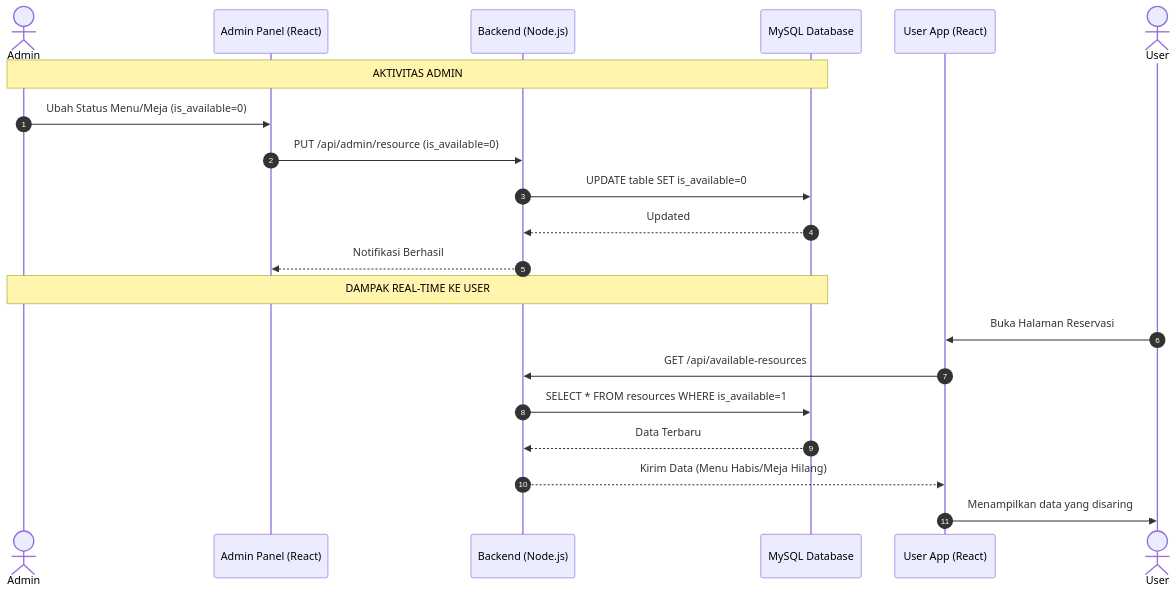
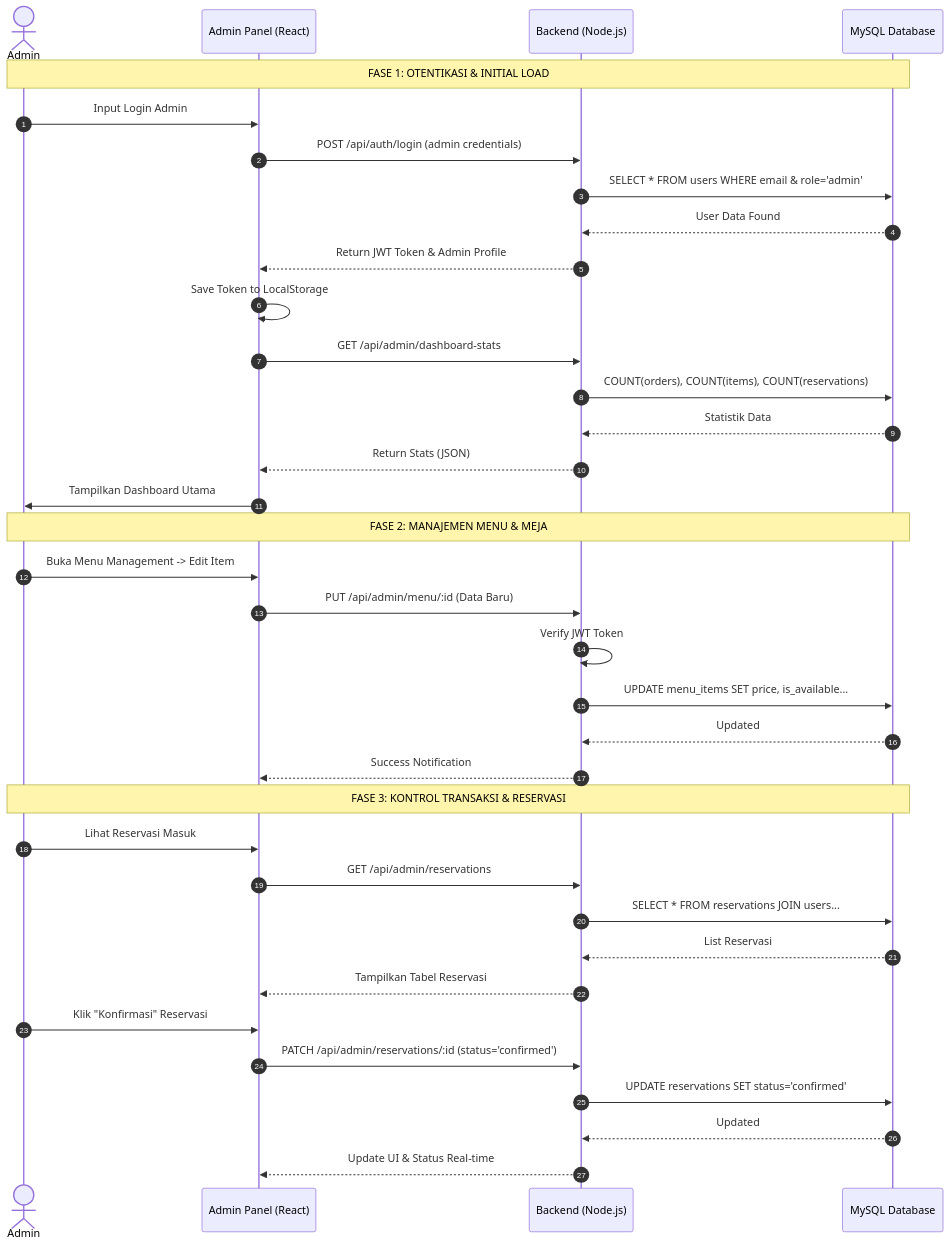
Before and after one commit to AkbarHusaini/website-reservasi-online-Ineri-suki: the fourth of 4 diagrams in DIAGRAM.md, drawn with Mermaid. The commit also changed other lines of this file, not shown here.

Commit message:
docs: finalize full admin system sequence diagram

````diff
--- a/DIAGRAM.md
+++ b/DIAGRAM.md
@@ -116,25 +116,43 @@
 ```mermaid
 sequenceDiagram
     autonumber
     actor Admin
-    participant FE_A as Admin Panel (React)
+    participant FE as Admin Panel (React)
     participant BE as Backend (Node.js)
     participant DB as MySQL Database
-    participant FE_U as User App (React)
 
-    Note over Admin, DB: AKTIVITAS ADMIN
-    Admin->>FE_A: Ubah Status Menu/Meja (is_available=0)
-    FE_A->>BE: PUT /api/admin/resource (is_available=0)
-    BE->>DB: UPDATE table SET is_available=0
+    Note over Admin, DB: FASE 1: OTENTIKASI & INITIAL LOAD
+    Admin->>FE: Input Login Admin
+    FE->>BE: POST /api/auth/login (admin credentials)
+    BE->>DB: SELECT * FROM users WHERE email & role='admin'
+    DB-->>BE: User Data Found
+    BE-->>FE: Return JWT Token & Admin Profile
+    FE->>FE: Save Token to LocalStorage
+    
+    FE->>BE: GET /api/admin/dashboard-stats
+    BE->>DB: COUNT(orders), COUNT(items), COUNT(reservations)
+    DB-->>BE: Statistik Data
+    BE-->>FE: Return Stats (JSON)
+    FE->>Admin: Tampilkan Dashboard Utama
+
+    Note over Admin, DB: FASE 2: MANAJEMEN MENU & MEJA
+    Admin->>FE: Buka Menu Management -> Edit Item
+    FE->>BE: PUT /api/admin/menu/:id (Data Baru)
+    BE->>BE: Verify JWT Token
+    BE->>DB: UPDATE menu_items SET price, is_available...
     DB-->>BE: Updated
-    BE-->>FE_A: Notifikasi Berhasil
+    BE-->>FE: Success Notification
 
-    Note over Admin, DB: DAMPAK REAL-TIME KE USER
-    actor User
-    User->>FE_U: Buka Halaman Reservasi
-    FE_U->>BE: GET /api/available-resources
-    BE->>DB: SELECT * FROM resources WHERE is_available=1
-    DB-->>BE: Data Terbaru
-    BE-->>FE_U: Kirim Data (Menu Habis/Meja Hilang)
-    FE_U->>User: Menampilkan data yang disaring
+    Note over Admin, DB: FASE 3: KONTROL TRANSAKSI & RESERVASI
+    Admin->>FE: Lihat Reservasi Masuk
+    FE->>BE: GET /api/admin/reservations
+    BE->>DB: SELECT * FROM reservations JOIN users...
+    DB-->>BE: List Reservasi
+    BE-->>FE: Tampilkan Tabel Reservasi
+    
+    Admin->>FE: Klik "Konfirmasi" Reservasi
+    FE->>BE: PATCH /api/admin/reservations/:id (status='confirmed')
+    BE->>DB: UPDATE reservations SET status='confirmed'
+    DB-->>BE: Updated
+    BE-->>FE: Update UI & Status Real-time
 ```
````
